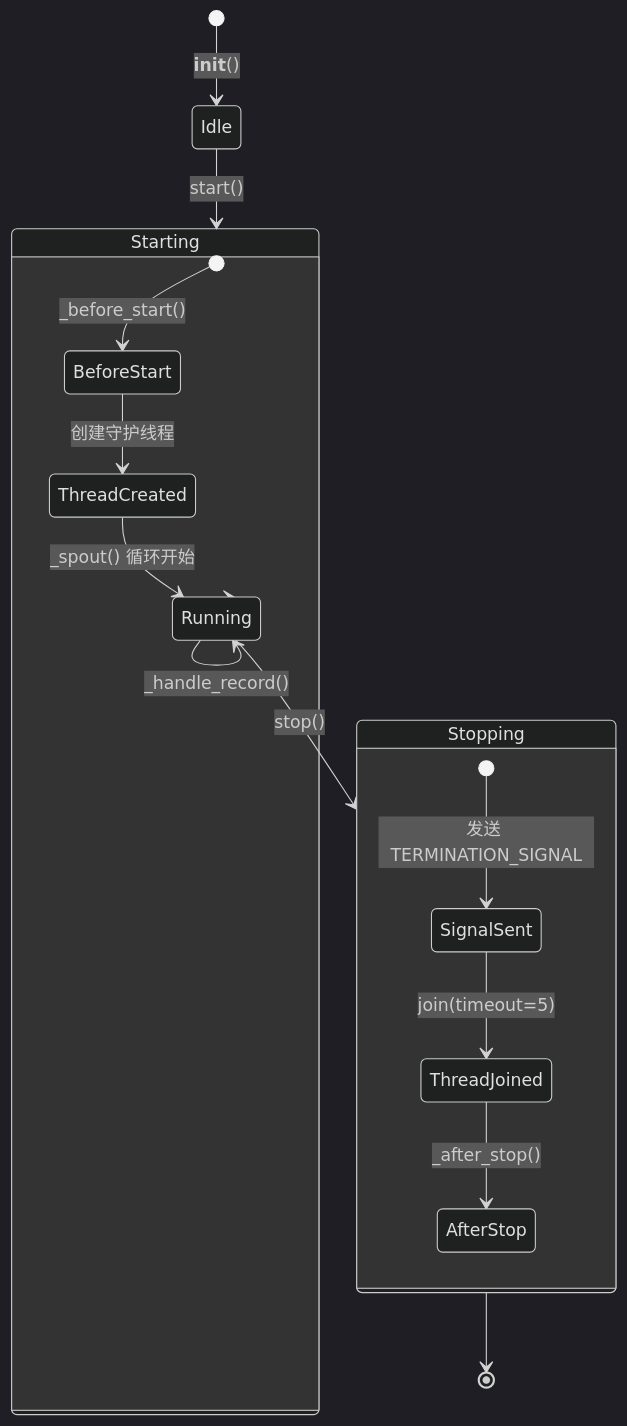
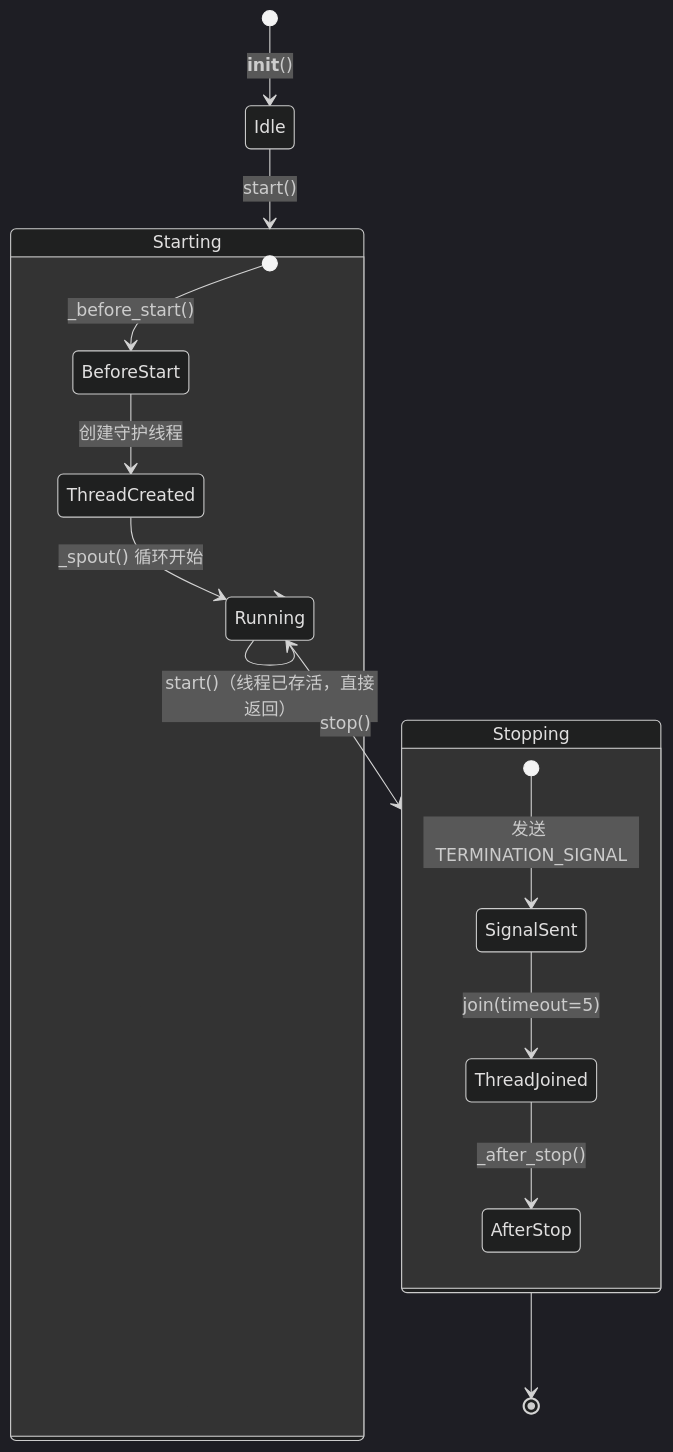
Before and after one commit to Mr-xiaotian/CelestialFlow: the diagram in docs/zh-CN/src/funnel/core_spout.md, drawn with Mermaid (dark theme). The commit also changed other lines of this file and 86 other files, not shown here.

````diff
--- a/docs/zh-CN/src/funnel/core_spout.md
+++ b/docs/zh-CN/src/funnel/core_spout.md
@@ -103,19 +104,20 @@
 ```mermaid
 stateDiagram-v2
     [*] --> Idle: __init__()
     Idle --> Starting: start()
     state Starting {
         [*] --> BeforeStart: _before_start()
         BeforeStart --> ThreadCreated: 创建守护线程
         ThreadCreated --> Running: _spout() 循环开始
     }
     Starting --> Running
     Running --> Running: _handle_record()
+    Running --> Running: start()（线程已存活，直接返回）
     Running --> Stopping: stop()
     state Stopping {
         [*] --> SignalSent: 发送 TERMINATION_SIGNAL
         SignalSent --> ThreadJoined: join(timeout=5)
         ThreadJoined --> AfterStop: _after_stop()
     }
     Stopping --> [*]
 ```
````
